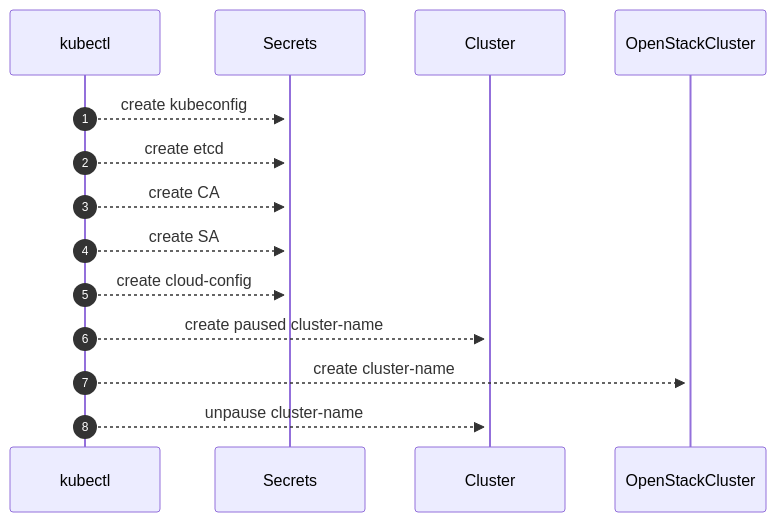
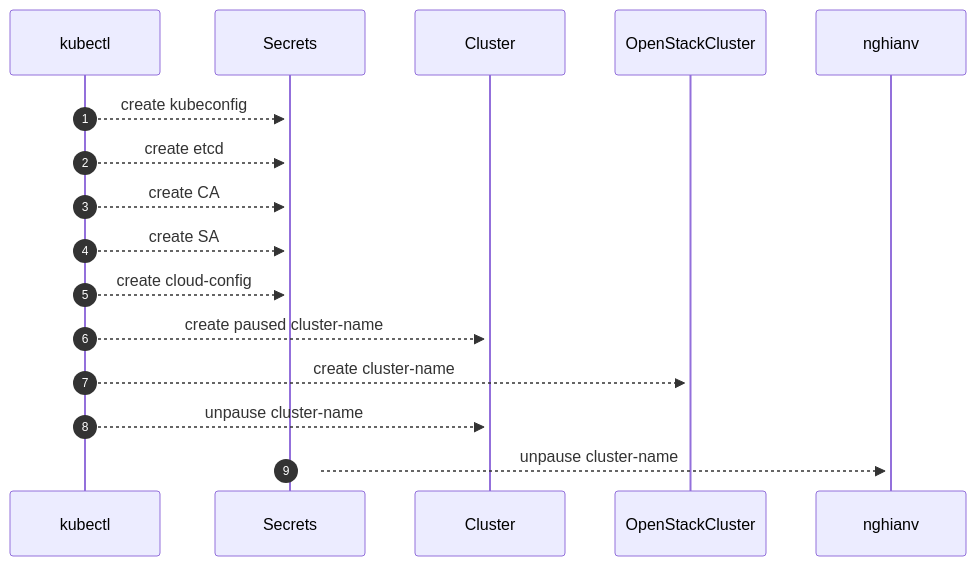
One commit to marco210/Hello9000 changed the diagram in README.md. Above: the diagram before and after it, drawn with Mermaid.

````diff
--- a/README.md
+++ b/README.md
@@ -3,12 +3,13 @@
 ```mermaid
 %%{init:{"fontFamily":"monospace", "sequence":{"showSequenceNumbers":true}}}%%
 sequenceDiagram
     kubectl-->>+Secrets: create kubeconfig
     kubectl-->>+Secrets: create etcd
     kubectl-->>+Secrets: create CA
     kubectl-->>+Secrets: create SA
     kubectl-->>+Secrets: create cloud-config
     kubectl-->>+Cluster: create paused cluster-name
     kubectl-->>+OpenStackCluster: create cluster-name
     kubectl-->>+Cluster: unpause cluster-name
+    Secrets-->>+nghianv: unpause cluster-name
 ```
````
